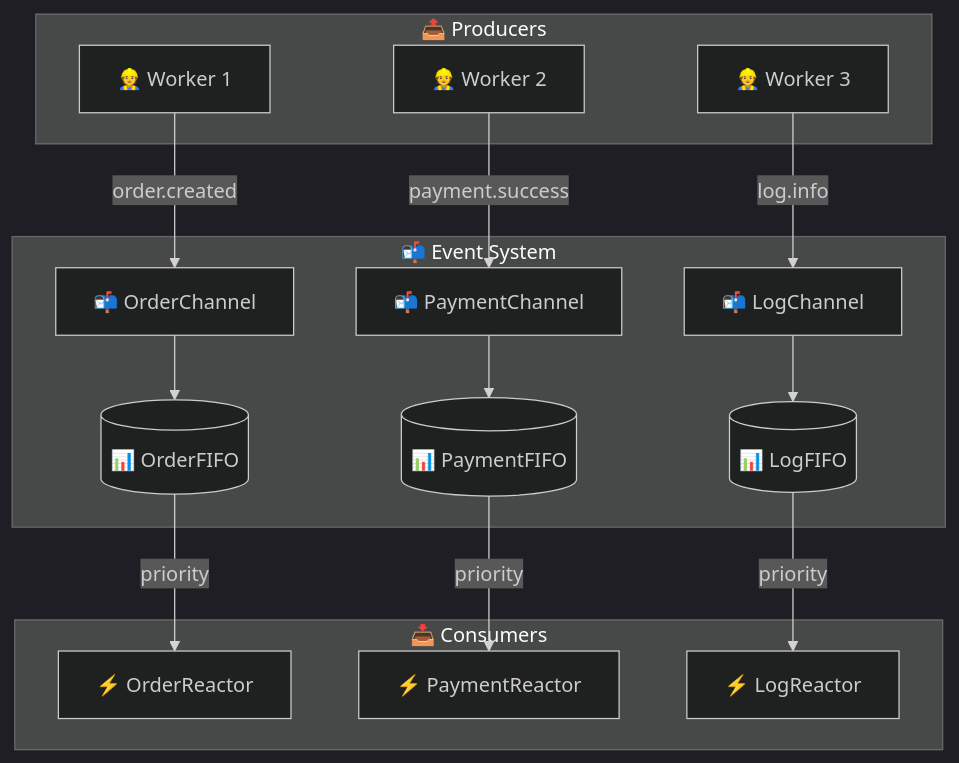
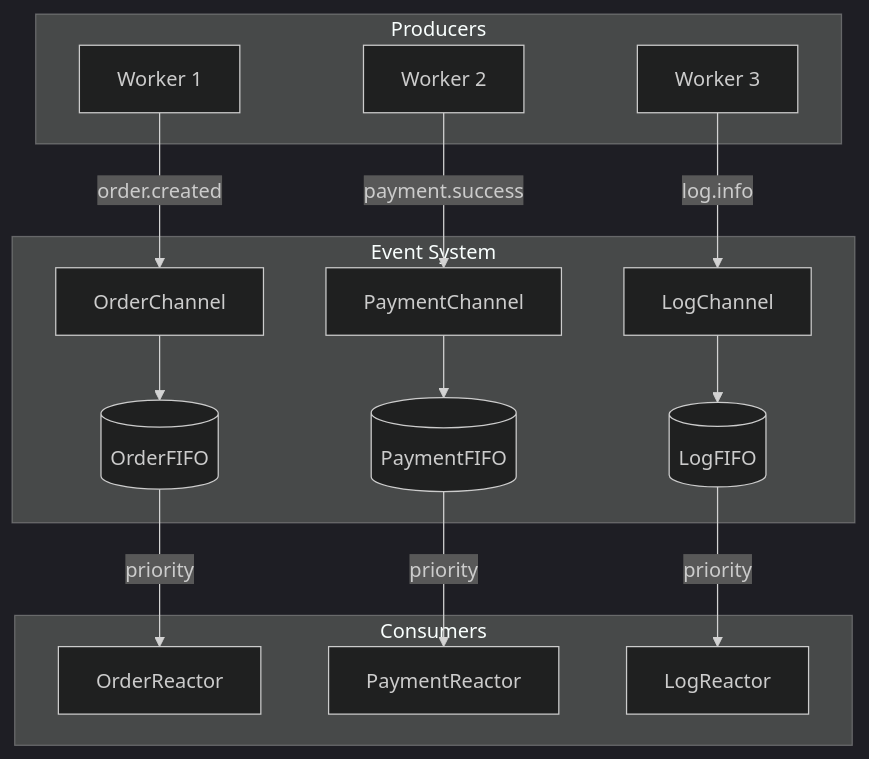
One commit to YearsAlso/zoo-framework-doc changed the sixth of 6 diagrams in docs/core/event.md. Above: the diagram before and after it, drawn with Mermaid (dark theme). The commit also changed other lines of this file and 24 other files, not shown here.

First line of the commit message:
docs(site): 站点正式化与内容严肃化，附 bench 报告截图

````diff
--- a/docs/core/event.md
+++ b/docs/core/event.md
@@ -486,36 +486,36 @@
 ```mermaid
 graph TB
-    subgraph "📤 Producers"
-        P1[👷 Worker 1]
-        P2[👷 Worker 2]
-        P3[👷 Worker 3]
+    subgraph " Producers"
+        P1[ Worker 1]
+        P2[ Worker 2]
+        P3[ Worker 3]
     end
     
-    subgraph "📬 Event System"
-        C1[📬 OrderChannel]
-        C2[📬 PaymentChannel]
-        C3[📬 LogChannel]
+    subgraph " Event System"
+        C1[ OrderChannel]
+        C2[ PaymentChannel]
+        C3[ LogChannel]
         
-        F1[(📊 OrderFIFO)]
-        F2[(📊 PaymentFIFO)]
-        F3[(📊 LogFIFO)]
+        F1[( OrderFIFO)]
+        F2[( PaymentFIFO)]
+        F3[( LogFIFO)]
     end
     
-    subgraph "📥 Consumers"
-        R1[⚡ OrderReactor]
-        R2[⚡ PaymentReactor]
-        R3[⚡ LogReactor]
+    subgraph " Consumers"
+        R1[ OrderReactor]
+        R2[ PaymentReactor]
+        R3[ LogReactor]
     end
     
     P1 -->|order.created| C1
     P2 -->|payment.success| C2
     P3 -->|log.info| C3
     
     C1 --> F1
     C2 --> F2
     C3 --> F3
     
     F1 -->|priority| R1
     F2 -->|priority| R2
     F3 -->|priority| R3
 ```
````
